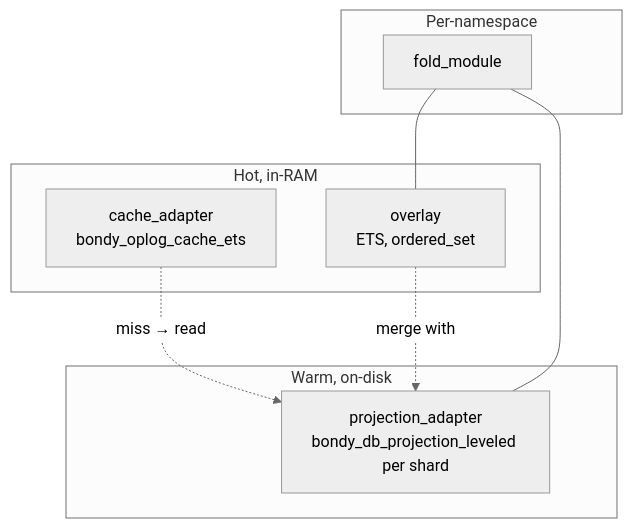
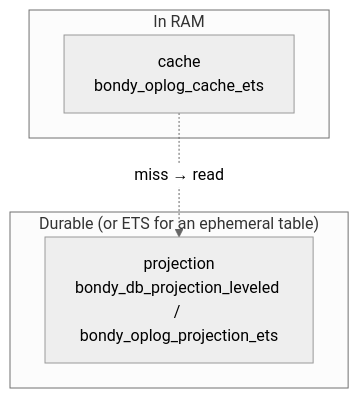
One commit to bondy-io/bondy changed the first of 7 diagrams in apps/bondy_db/doc_extras/architecture/03_bondy_db.md. Above: the diagram before and after it, drawn with Mermaid (neutral theme). The commit also changed other lines of this file and 449 other files, not shown here.

````diff
--- a/apps/bondy_db/doc_extras/architecture/03_bondy_db.md
+++ b/apps/bondy_db/doc_extras/architecture/03_bondy_db.md
@@ -18,19 +17,11 @@
 ```mermaid
 flowchart TB
-    subgraph HOT["Hot, in-RAM"]
-        CACHE["cache_adapter<br/>bondy_oplog_cache_ets"]
-        OV["overlay<br/>ETS, ordered_set"]
+    subgraph HOT["In RAM"]
+        CACHE["cache<br/>bondy_oplog_cache_ets"]
     end
-    subgraph WARM["Warm, on-disk"]
-        PROJ["projection_adapter<br/>bondy_db_projection_leveled per shard"]
+    subgraph WARM["Durable (or ETS for an ephemeral table)"]
+        PROJ["projection<br/>bondy_db_projection_leveled / bondy_oplog_projection_ets"]
     end
 
     CACHE -. "miss → read" .-> PROJ
-    OV    -. "merge with" .-> PROJ
-
-    subgraph FOLD[Per-namespace]
-        F[fold_module]
-    end
-    F --- PROJ
-    F --- OV
 ```
````
